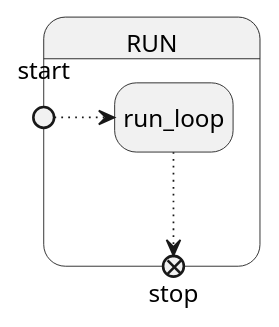
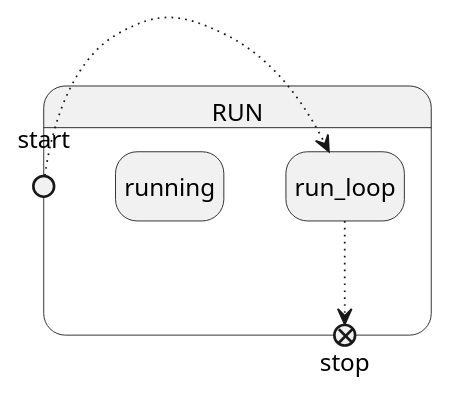
The second of 4 diagrams in docs/manual/concepts/satellite.md (constellation-daq/Constellation), drawn with PlantUML before and after one commit. The commit also changed other lines of this file and 5 other files, not shown here.

````diff
--- a/docs/manual/concepts/satellite.md
+++ b/docs/manual/concepts/satellite.md
@@ -146,14 +121,14 @@
-  ```plantuml
-  @startuml
-  hide empty description
+```plantuml
+@startuml
+hide empty description
 
-  State RUN {
-      State start <<entryPoint>>
-      State stop <<exitPoint>>
-      State run_loop
-      start -right[dotted]-> run_loop
-      run_loop -right[dotted]-> stop
-  }
+State RUN {
+    State start <<entryPoint>>
+    State stop <<exitPoint>>
+    State running
+    start -right[dotted]-> run_loop
+    run_loop -right[dotted]-> stop
+}
 
-  @enduml
-  ```
+@enduml
+```
````
